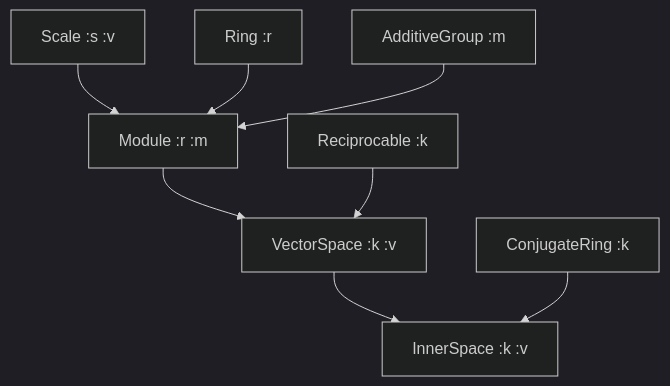
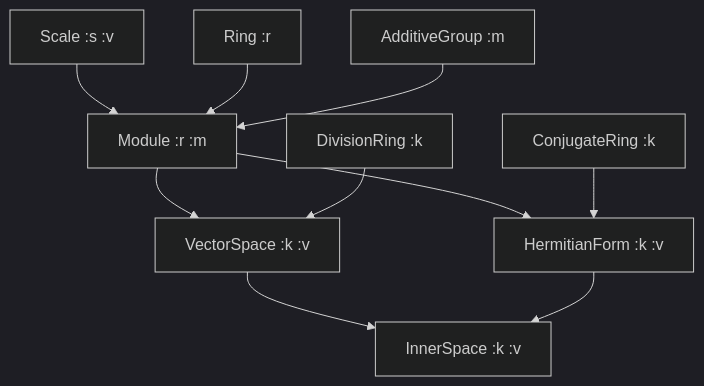
Before and after one commit to coalton-lang/coalton-website: the second of 2 diagrams in content/post/20261116-numbers-redux.md, drawn with Mermaid (dark theme). The commit also changed other lines of this file, not shown here.

````diff
--- a/content/post/20261116-numbers-redux.md
+++ b/content/post/20261116-numbers-redux.md
@@ -131,10 +132,12 @@
 ```mermaid
 graph TD
     Scale["Scale :s :v"] --> Module["Module :r :m"]
     Ring["Ring :r"] --> Module
     AdditiveGroup["AdditiveGroup :m"] --> Module
     Module --> VectorSpace["VectorSpace :k :v"]
-    Reciprocable["Reciprocable :k"] --> VectorSpace
+    DivisionRing["DivisionRing :k"] --> VectorSpace
+    Module --> HermitianForm["HermitianForm :k :v"]
+    ConjugateRing["ConjugateRing :k"] --> HermitianForm
     VectorSpace --> InnerSpace["InnerSpace :k :v"]
-    ConjugateRing["ConjugateRing :k"] --> InnerSpace
+    HermitianForm --> InnerSpace
 ```
````
